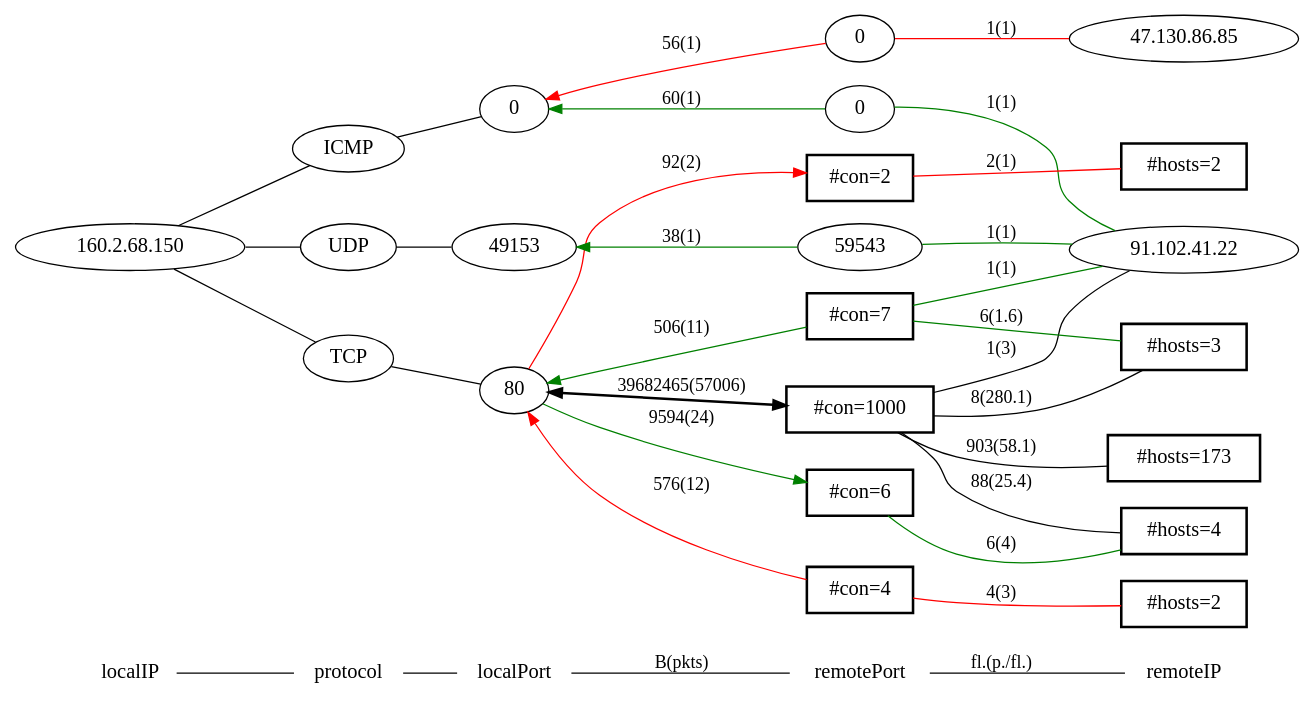
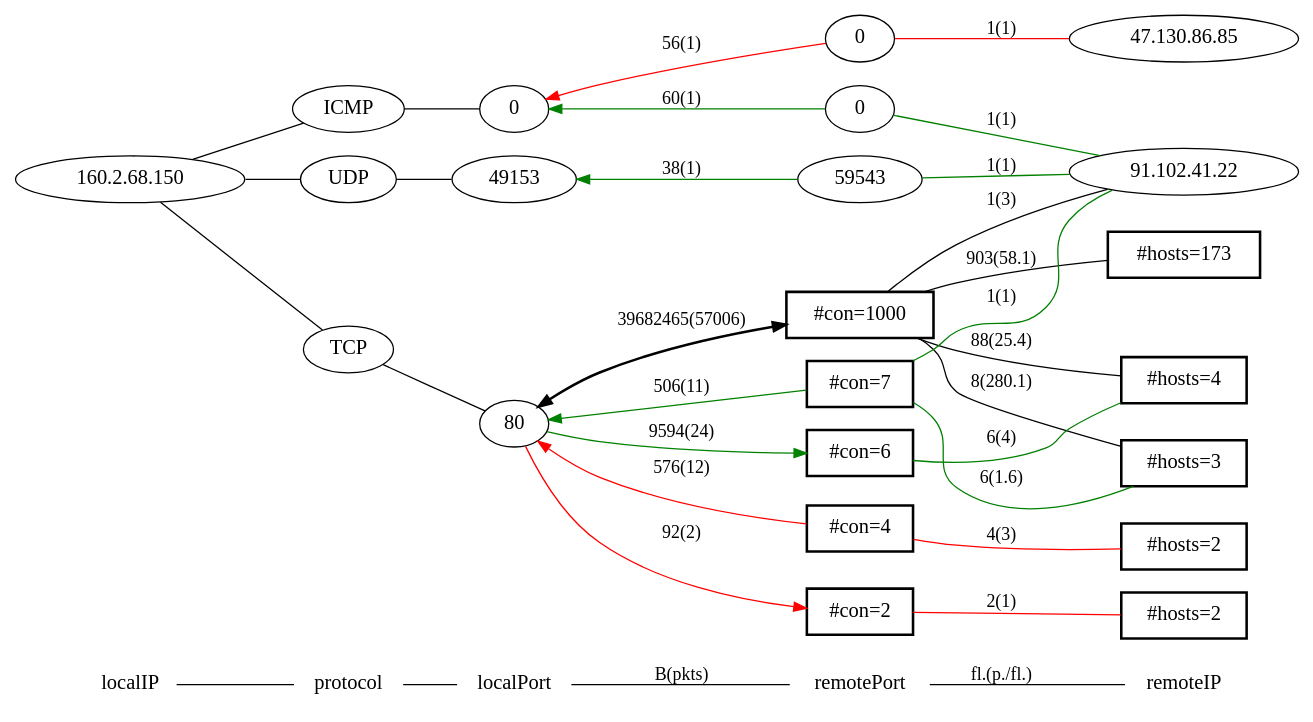
One commit to rettichschnidi/HAPviewer changed the diagram in examples/testcases/cflow4/known-good-graphlets/160.2.68.150.dot. Above: the diagram before and after it, drawn with Graphviz. The commit also changed 45 other files, not shown here.

Commit message:
Updated to graphlets generated by the 8th March 2011 version of HAPviewer

```diff
--- a/examples/testcases/cflow4/known-good-graphlets/160.2.68.150.dot
+++ b/examples/testcases/cflow4/known-good-graphlets/160.2.68.150.dot
@@ -1,60 +1,60 @@
 graph G { /* Created by hpg2dot3() */
 rankdir=LR;
 node[shape=plaintext,fontsize=16];
 "localIP"--"protocol"--"localPort""localPort"--"remotePort"[label="B(pkts)"]"remotePort"--"remoteIP"[label="fl.(p./fl.)"]
 node[shape=ellipse];
-subgraph 0{rank=same;"localIP";k1_2684503190;}
+subgraph 0 {rank=same;"localIP";k1_2684503190;}
 k1_2684503190[label="160.2.68.150"];
 k1_2684503190--k2_17;
 k1_2684503190--k2_1;
 k1_2684503190--k2_6;
 subgraph 1 {rank=same;"protocol";k2_6;k2_1;k2_17;}
 k2_6[label="TCP"];
 k2_1[label="ICMP"];
 k2_17[label="UDP"];
 k2_6--k3_268435536;
 k2_17--k3_49153;
 k2_1--k3_536870912;
 subgraph 2 {rank=same;"localPort";k3_49153;k3_268435536;k3_536870912;}
 k3_49153[label="49153"];
 k3_268435536[label="80"];
 k3_536870912[label="0"];
 k3_536870912--k4_2684354560[dir=back, color=green][label="60(1)"];
 k3_49153--k4_2147543191[dir=back, color=green][label="38(1)"];
 k3_536870912--k4_1610678272[dir=back, color=red][label="56(1)"];
 k3_268435536--k4_67306472[style=bold,dir=both][label="39682465(57006)"];
 k3_268435536--k4_2304835590[dir=forward, color=green][label="9594(24)"];
 k3_268435536--k4_2318401543[dir=back, color=green][label="506(11)"];
 k3_268435536--k4_1104019458[dir=forward, color=red][label="92(2)"];
 k3_268435536--k4_1120141316[dir=back, color=red][label="576(12)"];
 subgraph 3 {rank=same;"remotePort";k4_1104019458;k4_2684354560;k4_1120141316;k4_2318401543;k4_67306472;k4_2304835590;k4_2147543191;k4_1610678272;}
 k4_1104019458[label="#con=2", shape=box, style=bold];
 k4_2684354560[label="0"];
 k4_1120141316[label="#con=4", shape=box, style=bold];
 k4_2318401543[label="#con=7", shape=box, style=bold];
 k4_67306472[label="#con=1000", shape=box, style=bold];
 k4_2304835590[label="#con=6", shape=box, style=bold];
 k4_2147543191[label="59543"];
 k4_1610678272[label="0"];
 k4_2684354560--k5_1533421846[color=green][label="1(1)"];
 k4_1610678272--k5_797070933[color=red][label="1(1)"];
 k4_2147543191--k5_1533421846[color=green][label="1(1)"];
+k4_2318401543--k5_1533421846[color=green][label="1(1)"];
 k4_67306472--k5_1533421846[label="1(3)"];
-k4_2318401543--k5_1533421846[color=green][label="1(1)"];
-k4_67306472--k5_196781[label="903(58.1)"];
-k4_1120141316--k5_12845058[color=red][label="4(3)"];
-k4_2318401543--k5_4294836227[color=green][label="6(1.6)"];
-k4_67306472--k5_4294901764[label="88(25.4)"];
-k4_67306472--k5_4294836227[label="8(280.1)"];
-k4_1104019458--k5_30277634[color=red][label="2(1)"];
-k4_2304835590--k5_4294901764[color=green][label="6(4)"];
-subgraph 4 {rank=same;"remoteIP";k5_1533421846;k5_30277634;k5_4294901764;k5_4294836227;k5_797070933;k5_196781;k5_12845058;k5_1533421846;}
+k4_67306472--k5_4294770692[label="88(25.4)"];
+k4_67306472--k5_4294574083[label="8(280.1)"];
+k4_1120141316--k5_4294705154[color=red][label="4(3)"];
+k4_67306472--k5_4294901933[label="903(58.1)"];
+k4_2318401543--k5_4294574083[color=green][label="6(1.6)"];
+k4_2304835590--k5_4294770692[color=green][label="6(4)"];
+k4_1104019458--k5_4294639618[color=red][label="2(1)"];
+subgraph 4 {rank=same;"remoteIP";k5_4294705154;k5_1533421846;k5_797070933;k5_4294574083;k5_4294901933;k5_4294639618;k5_1533421846;k5_4294770692;}
+k5_4294705154[label="#hosts=2", shape=box, style=bold];
 k5_1533421846[label="91.102.41.22"];
-k5_30277634[label="#hosts=2", shape=box, style=bold];
-k5_4294901764[label="#hosts=4", shape=box, style=bold];
-k5_4294836227[label="#hosts=3", shape=box, style=bold];
 k5_797070933[label="47.130.86.85"];
-k5_196781[label="#hosts=173", shape=box, style=bold];
-k5_12845058[label="#hosts=2", shape=box, style=bold];
+k5_4294574083[label="#hosts=3", shape=box, style=bold];
+k5_4294901933[label="#hosts=173", shape=box, style=bold];
+k5_4294639618[label="#hosts=2", shape=box, style=bold];
 k5_1533421846[label="91.102.41.22"];
+k5_4294770692[label="#hosts=4", shape=box, style=bold];
 }
```
